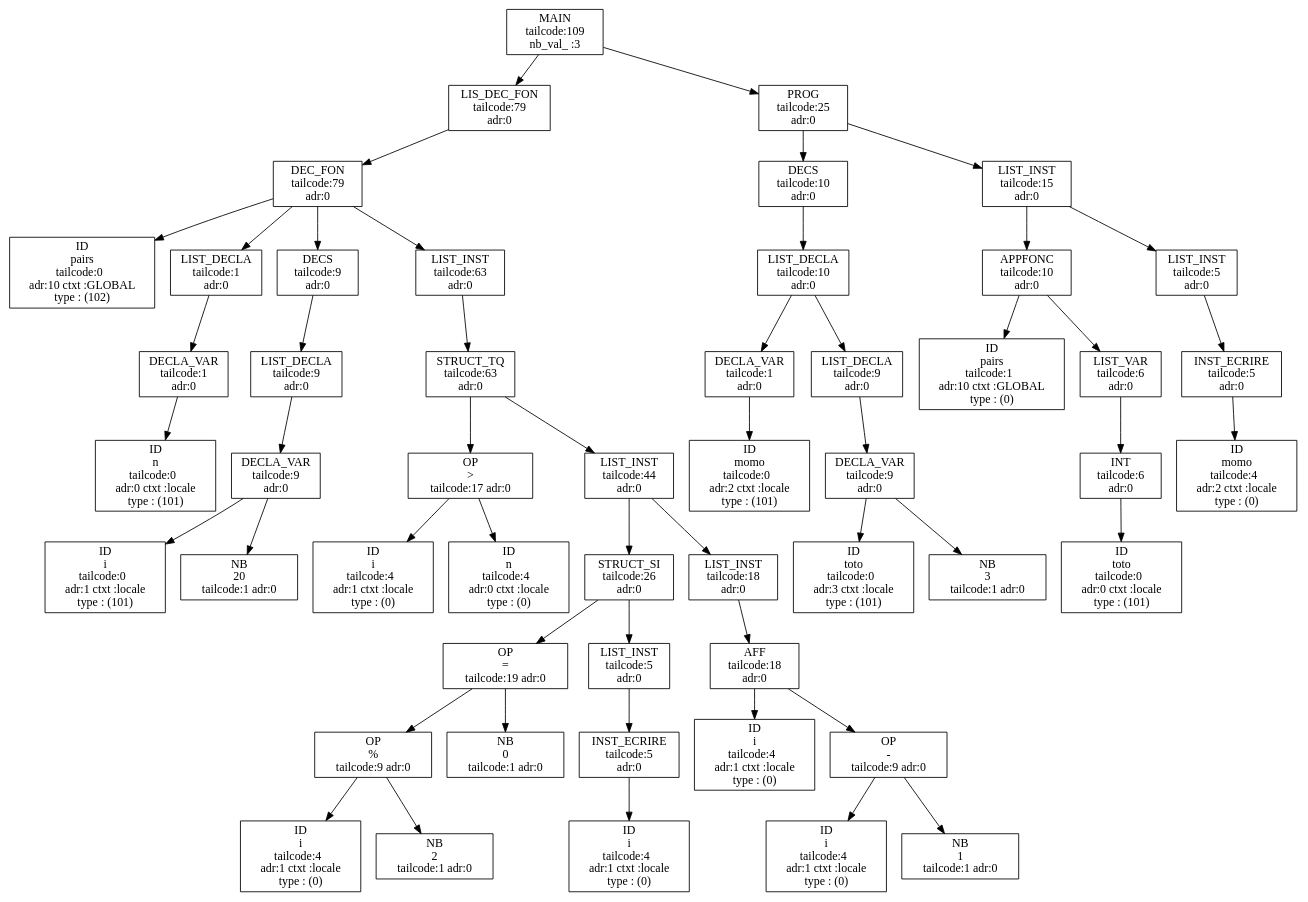
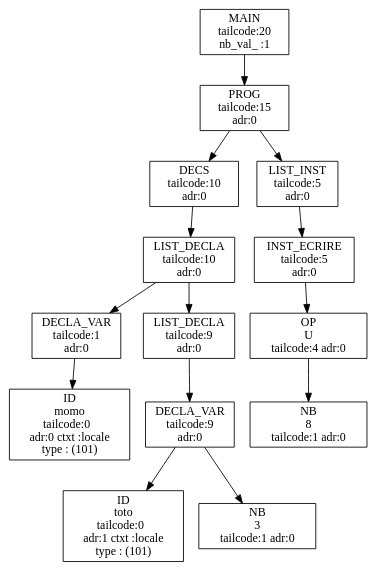
Before and after one commit to aswailem195/Projet-ARC--Algo-RAM-Compiler--20231213: the diagram in out/output.dot, drawn with Graphviz. The commit also changed 19 other files, not shown here.

```diff
--- a/out/output.dot
+++ b/out/output.dot
@@ -1,210 +1,56 @@
 digraph ASA {
-node0x5559f1459690 [label="MAIN
- tailcode:109 
- nb_val_ :3 \n", shape=box];
-node0x5559f1459690 -> node0x5559f14590a0;
-node0x5559f14590a0 [label="LIS_DEC_FON
- tailcode:79 
+node0x558bf71adb00 [label="MAIN
+ tailcode:20 
+ nb_val_ :1 \n", shape=box];
+node0x558bf71adb00 -> node0x558bf71adab0;
+node0x558bf71adab0 [label="PROG
+ tailcode:15 
  adr:0 \n", shape=box];
-node0x5559f14590a0 -> node0x5559f1459000;
-node0x5559f1459000 [label="DEC_FON
- tailcode:79 
+node0x558bf71adab0 -> node0x558bf71ad920;
+node0x558bf71ad920 [label="DECS
+ tailcode:10 
  adr:0 \n", shape=box];
-node0x5559f1459000 -> node0x5559f1459050;
-node0x5559f1459050 [label="ID\npairs
- tailcode:0  
- adr:10 ctxt :GLOBAL
- type : (102) \n", shape=box];
-node0x5559f1459000 -> node0x5559f1458790;
-node0x5559f1458790 [label="LIST_DECLA
+node0x558bf71ad920 -> node0x558bf71ad8d0;
+node0x558bf71ad8d0 [label="LIST_DECLA
+ tailcode:10 
+ adr:0 \n", shape=box];
+node0x558bf71ad8d0 -> node0x558bf71ad6f0;
+node0x558bf71ad6f0 [label="DECLA_VAR
  tailcode:1 
  adr:0 \n", shape=box];
-node0x5559f1458790 -> node0x5559f14586f0;
-node0x5559f14586f0 [label="DECLA_VAR
- tailcode:1 
- adr:0 \n", shape=box];
-node0x5559f14586f0 -> node0x5559f1458740;
-node0x5559f1458740 [label="ID\nn
+node0x558bf71ad6f0 -> node0x558bf71ad740;
+node0x558bf71ad740 [label="ID\nmomo
  tailcode:0  
  adr:0 ctxt :locale
  type : (101) \n", shape=box];
-node0x5559f1459000 -> node0x5559f1458920;
-node0x5559f1458920 [label="DECS
+node0x558bf71ad8d0 -> node0x558bf71ad880;
+node0x558bf71ad880 [label="LIST_DECLA
  tailcode:9 
  adr:0 \n", shape=box];
-node0x5559f1458920 -> node0x5559f14588d0;
-node0x5559f14588d0 [label="LIST_DECLA
+node0x558bf71ad880 -> node0x558bf71ad7e0;
+node0x558bf71ad7e0 [label="DECLA_VAR
  tailcode:9 
  adr:0 \n", shape=box];
-node0x5559f14588d0 -> node0x5559f1458830;
-node0x5559f1458830 [label="DECLA_VAR
- tailcode:9 
- adr:0 \n", shape=box];
-node0x5559f1458830 -> node0x5559f1458880;
-node0x5559f1458880 [label="ID\ni
+node0x558bf71ad7e0 -> node0x558bf71ad830;
+node0x558bf71ad830 [label="ID\ntoto
  tailcode:0  
  adr:1 ctxt :locale
  type : (101) \n", shape=box];
-node0x5559f1458830 -> node0x5559f14587e0;
-node0x5559f14587e0 [label="NB\n20 
+node0x558bf71ad7e0 -> node0x558bf71ad790;
+node0x558bf71ad790 [label="NB\n3 
  tailcode:1 adr:0 \n", shape=box];
-node0x5559f1459000 -> node0x5559f1458fb0;
-node0x5559f1458fb0 [label="LIST_INST
- tailcode:63 
- adr:0 \n", shape=box];
-node0x5559f1458fb0 -> node0x5559f1458f60;
-node0x5559f1458f60 [label="STRUCT_TQ
- tailcode:63 
- adr:0 \n", shape=box];
-node0x5559f1458f60 -> node0x5559f1458a10;
-node0x5559f1458a10 [label="OP\n> 
- tailcode:17 adr:0 \n", shape=box];
-node0x5559f1458a10 -> node0x5559f1458970;
-node0x5559f1458970 [label="ID\ni
- tailcode:4  
- adr:1 ctxt :locale
- type : (0) \n", shape=box];
-node0x5559f1458a10 -> node0x5559f14589c0;
-node0x5559f14589c0 [label="ID\nn
- tailcode:4  
- adr:0 ctxt :locale
- type : (0) \n", shape=box];
-node0x5559f1458f60 -> node0x5559f1458f10;
-node0x5559f1458f10 [label="LIST_INST
- tailcode:44 
- adr:0 \n", shape=box];
-node0x5559f1458f10 -> node0x5559f1458ce0;
-node0x5559f1458ce0 [label="STRUCT_SI
- tailcode:26 
- adr:0 \n", shape=box];
-node0x5559f1458ce0 -> node0x5559f1458ba0;
-node0x5559f1458ba0 [label="OP\n= 
- tailcode:19 adr:0 \n", shape=box];
-node0x5559f1458ba0 -> node0x5559f1458b00;
-node0x5559f1458b00 [label="OP\n% 
- tailcode:9 adr:0 \n", shape=box];
-node0x5559f1458b00 -> node0x5559f1458a60;
-node0x5559f1458a60 [label="ID\ni
- tailcode:4  
- adr:1 ctxt :locale
- type : (0) \n", shape=box];
-node0x5559f1458b00 -> node0x5559f1458ab0;
-node0x5559f1458ab0 [label="NB\n2 
- tailcode:1 adr:0 \n", shape=box];
-node0x5559f1458ba0 -> node0x5559f1458b50;
-node0x5559f1458b50 [label="NB\n0 
- tailcode:1 adr:0 \n", shape=box];
-node0x5559f1458ce0 -> node0x5559f1458c90;
-node0x5559f1458c90 [label="LIST_INST
+node0x558bf71adab0 -> node0x558bf71ada60;
+node0x558bf71ada60 [label="LIST_INST
  tailcode:5 
  adr:0 \n", shape=box];
-node0x5559f1458c90 -> node0x5559f1458c40;
-node0x5559f1458c40 [label="INST_ECRIRE
+node0x558bf71ada60 -> node0x558bf71ada10;
+node0x558bf71ada10 [label="INST_ECRIRE
  tailcode:5 
  adr:0 \n", shape=box];
-node0x5559f1458c40 -> node0x5559f1458bf0;
-node0x5559f1458bf0 [label="ID\ni
- tailcode:4  
- adr:1 ctxt :locale
- type : (0) \n", shape=box];
-node0x5559f1458f10 -> node0x5559f1458ec0;
-node0x5559f1458ec0 [label="LIST_INST
- tailcode:18 
- adr:0 \n", shape=box];
-node0x5559f1458ec0 -> node0x5559f1458e20;
-node0x5559f1458e20 [label="AFF
- tailcode:18 
- adr:0 \n", shape=box];
-node0x5559f1458e20 -> node0x5559f1458e70;
-node0x5559f1458e70 [label="ID\ni
- tailcode:4  
- adr:1 ctxt :locale
- type : (0) \n", shape=box];
-node0x5559f1458e20 -> node0x5559f1458dd0;
-node0x5559f1458dd0 [label="OP\n- 
- tailcode:9 adr:0 \n", shape=box];
-node0x5559f1458dd0 -> node0x5559f1458d30;
-node0x5559f1458d30 [label="ID\ni
- tailcode:4  
- adr:1 ctxt :locale
- type : (0) \n", shape=box];
-node0x5559f1458dd0 -> node0x5559f1458d80;
-node0x5559f1458d80 [label="NB\n1 
+node0x558bf71ada10 -> node0x558bf71ad9c0;
+node0x558bf71ad9c0 [label="OP\nU 
+ tailcode:4 adr:0 \n", shape=box];
+node0x558bf71ad9c0 -> node0x558bf71ad970;
+node0x558bf71ad970 [label="NB\n8 
  tailcode:1 adr:0 \n", shape=box];
-node0x5559f1459690 -> node0x5559f1459640;
-node0x5559f1459640 [label="PROG
- tailcode:25 
- adr:0 \n", shape=box];
-node0x5559f1459640 -> node0x5559f1459320;
-node0x5559f1459320 [label="DECS
- tailcode:10 
- adr:0 \n", shape=box];
-node0x5559f1459320 -> node0x5559f14592d0;
-node0x5559f14592d0 [label="LIST_DECLA
- tailcode:10 
- adr:0 \n", shape=box];
-node0x5559f14592d0 -> node0x5559f14590f0;
-node0x5559f14590f0 [label="DECLA_VAR
- tailcode:1 
- adr:0 \n", shape=box];
-node0x5559f14590f0 -> node0x5559f1459140;
-node0x5559f1459140 [label="ID\nmomo
- tailcode:0  
- adr:2 ctxt :locale
- type : (101) \n", shape=box];
-node0x5559f14592d0 -> node0x5559f1459280;
-node0x5559f1459280 [label="LIST_DECLA
- tailcode:9 
- adr:0 \n", shape=box];
-node0x5559f1459280 -> node0x5559f14591e0;
-node0x5559f14591e0 [label="DECLA_VAR
- tailcode:9 
- adr:0 \n", shape=box];
-node0x5559f14591e0 -> node0x5559f1459230;
-node0x5559f1459230 [label="ID\ntoto
- tailcode:0  
- adr:3 ctxt :locale
- type : (101) \n", shape=box];
-node0x5559f14591e0 -> node0x5559f1459190;
-node0x5559f1459190 [label="NB\n3 
- tailcode:1 adr:0 \n", shape=box];
-node0x5559f1459640 -> node0x5559f14595f0;
-node0x5559f14595f0 [label="LIST_INST
- tailcode:15 
- adr:0 \n", shape=box];
-node0x5559f14595f0 -> node0x5559f1459460;
-node0x5559f1459460 [label="APPFONC
- tailcode:10 
- adr:0 \n", shape=box];
-node0x5559f1459460 -> node0x5559f14594b0;
-node0x5559f14594b0 [label="ID\npairs
- tailcode:1  
- adr:10 ctxt :GLOBAL
- type : (0) \n", shape=box];
-node0x5559f1459460 -> node0x5559f1459410;
-node0x5559f1459410 [label="LIST_VAR
- tailcode:6 
- adr:0 \n", shape=box];
-node0x5559f1459410 -> node0x5559f1459370;
-node0x5559f1459370 [label="INT
- tailcode:6 
- adr:0 \n", shape=box];
-node0x5559f1459370 -> node0x5559f14593c0;
-node0x5559f14593c0 [label="ID\ntoto
- tailcode:0  
- adr:0 ctxt :locale
- type : (101) \n", shape=box];
-node0x5559f14595f0 -> node0x5559f14595a0;
-node0x5559f14595a0 [label="LIST_INST
- tailcode:5 
- adr:0 \n", shape=box];
-node0x5559f14595a0 -> node0x5559f1459550;
-node0x5559f1459550 [label="INST_ECRIRE
- tailcode:5 
- adr:0 \n", shape=box];
-node0x5559f1459550 -> node0x5559f1459500;
-node0x5559f1459500 [label="ID\nmomo
- tailcode:4  
- adr:2 ctxt :locale
- type : (0) \n", shape=box];
 }
```
